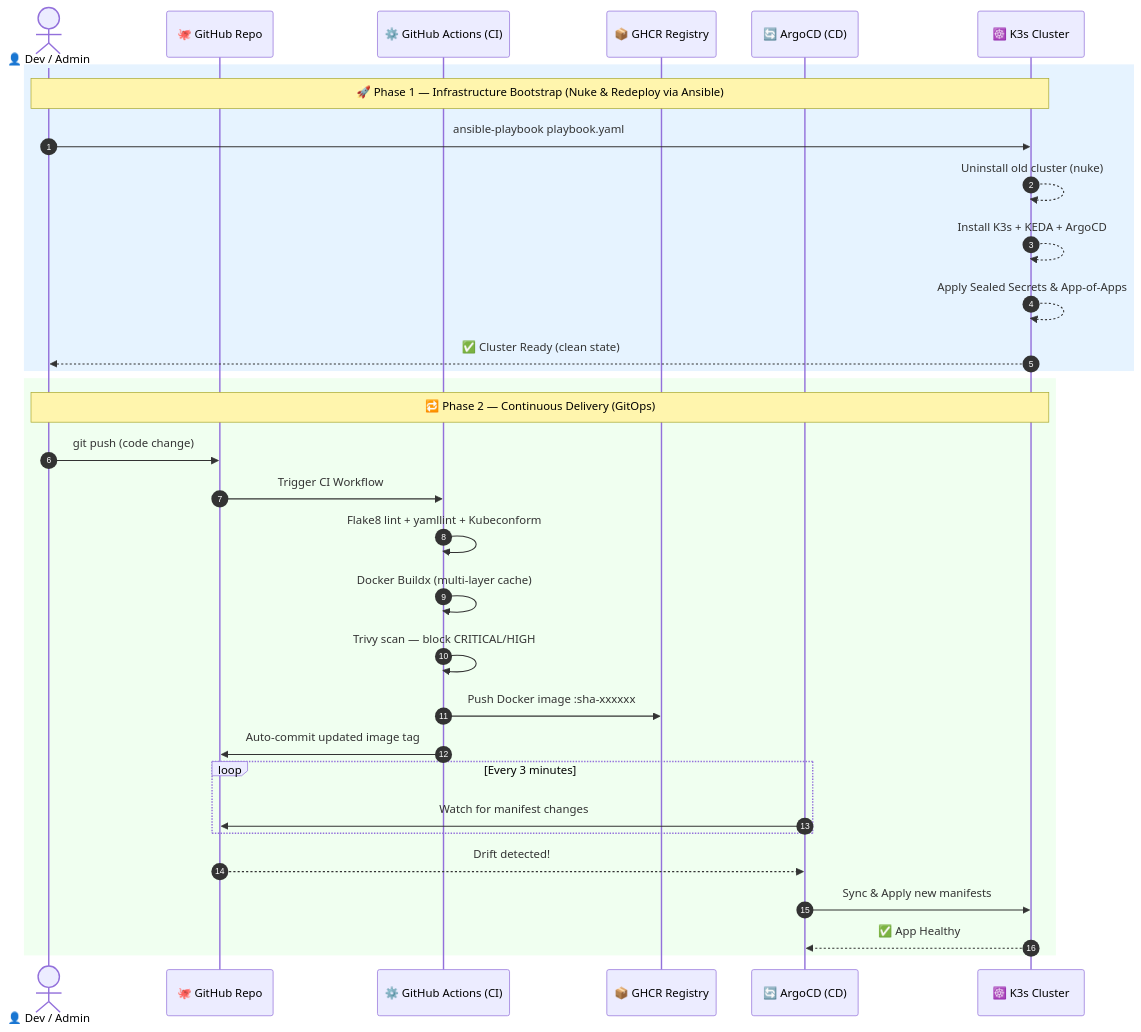
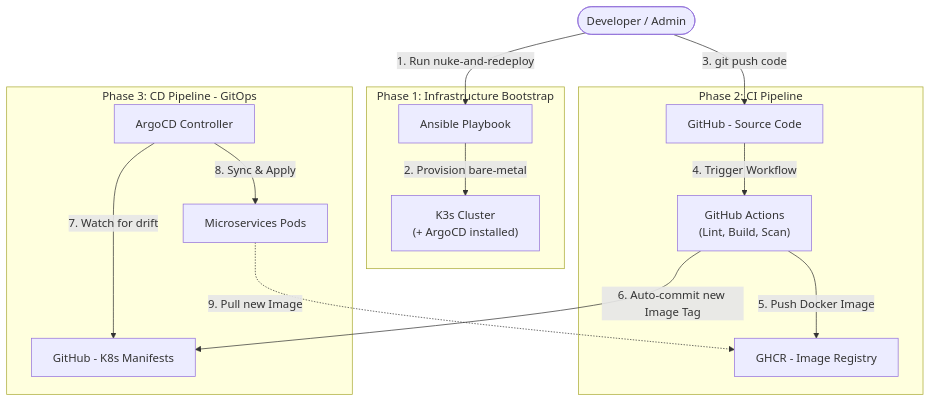
The second of 2 diagrams in README.md (hmdat-1706/proactive-scaling-microservices), drawn with Mermaid before and after one commit. The commit also changed other lines of this file, not shown here.

````diff
--- a/README.md
+++ b/README.md
@@ -180,36 +180,34 @@
 ```mermaid
-sequenceDiagram
-    autonumber
-    actor Dev as 👤 Dev / Admin
-    participant Git as 🐙 GitHub Repo
-    participant GHA as ⚙️ GitHub Actions (CI)
-    participant GHCR as 📦 GHCR Registry
-    participant Argo as 🔄 ArgoCD (CD)
-    participant K3s as ☸️ K3s Cluster
+graph TD
+    Dev(["Developer / Admin"])
 
-    rect rgb(230, 243, 255)
-        Note over Dev,K3s: 🚀 Phase 1 — Infrastructure Bootstrap (Nuke & Redeploy via Ansible)
-        Dev->>K3s: ansible-playbook playbook.yaml
-        K3s-->>K3s: Uninstall old cluster (nuke)
-        K3s-->>K3s: Install K3s + KEDA + ArgoCD
-        K3s-->>K3s: Apply Sealed Secrets & App-of-Apps
-        K3s-->>Dev: ✅ Cluster Ready (clean state)
+    subgraph INFRA ["Phase 1: Infrastructure Bootstrap"]
+        Ansible["Ansible Playbook"]
+        K3s["K3s Cluster\n(+ ArgoCD installed)"]
     end
 
-    rect rgb(240, 255, 240)
-        Note over Dev,K3s: 🔁 Phase 2 — Continuous Delivery (GitOps)
-        Dev->>Git: git push (code change)
-        Git->>GHA: Trigger CI Workflow
-        GHA->>GHA: Flake8 lint + yamllint + Kubeconform
-        GHA->>GHA: Docker Buildx (multi-layer cache)
-        GHA->>GHA: Trivy scan — block CRITICAL/HIGH
-        GHA->>GHCR: Push Docker image :sha-xxxxxx
-        GHA->>Git: Auto-commit updated image tag
-        loop Every 3 minutes
-            Argo->>Git: Watch for manifest changes
-        end
-        Git-->>Argo: Drift detected!
-        Argo->>K3s: Sync & Apply new manifests
-        K3s-->>Argo: ✅ App Healthy
+    subgraph CI ["Phase 2: CI Pipeline"]
+        Code["GitHub - Source Code"]
+        GHA["GitHub Actions\n(Lint, Build, Scan)"]
+        GHCR["GHCR - Image Registry"]
     end
+
+    subgraph CD ["Phase 3: CD Pipeline - GitOps"]
+        Manifests["GitHub - K8s Manifests"]
+        Argo["ArgoCD Controller"]
+        Pods["Microservices Pods"]
+    end
+
+    %% Flow connections
+    Dev -->|"1. Run nuke-and-redeploy"| Ansible
+    Ansible -->|"2. Provision bare-metal"| K3s
+
+    Dev -->|"3. git push code"| Code
+    Code -->|"4. Trigger Workflow"| GHA
+    GHA -->|"5. Push Docker Image"| GHCR
+    GHA -->|"6. Auto-commit new Image Tag"| Manifests
+
+    Argo -->|"7. Watch for drift"| Manifests
+    Argo -->|"8. Sync & Apply"| Pods
+    Pods -.->|"9. Pull new Image"| GHCR
 ```
````
